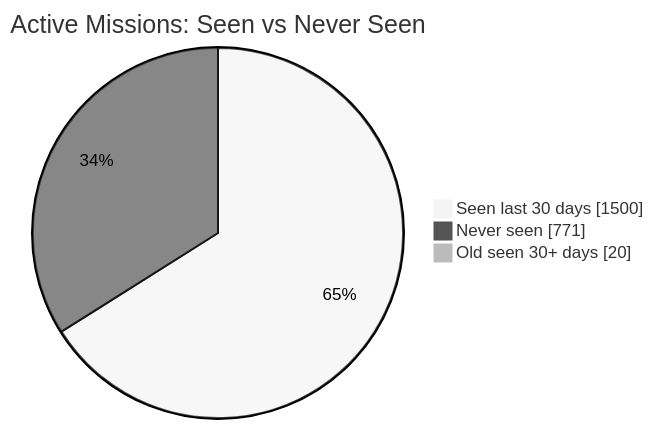
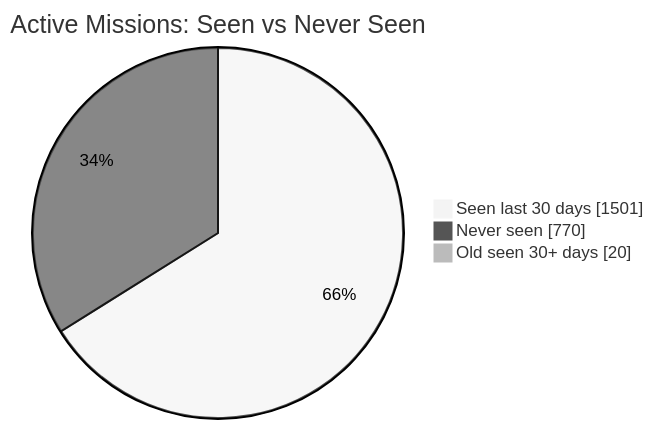
The first of 2 diagrams in README.md (MeldkamerspelGameTeam/active-missions), drawn with Mermaid (neutral theme) before and after one commit. The commit also changed other lines of this file and 2 other files, not shown here.

````diff
--- a/README.md
+++ b/README.md
@@ -34,7 +34,7 @@
 ```mermaid
 pie showData
     title Active Missions: Seen vs Never Seen
-    "Seen last 30 days" : 1500
-    "Never seen" : 771
+    "Seen last 30 days" : 1501
+    "Never seen" : 770
     "Old seen 30+ days" : 20
 ```
````
